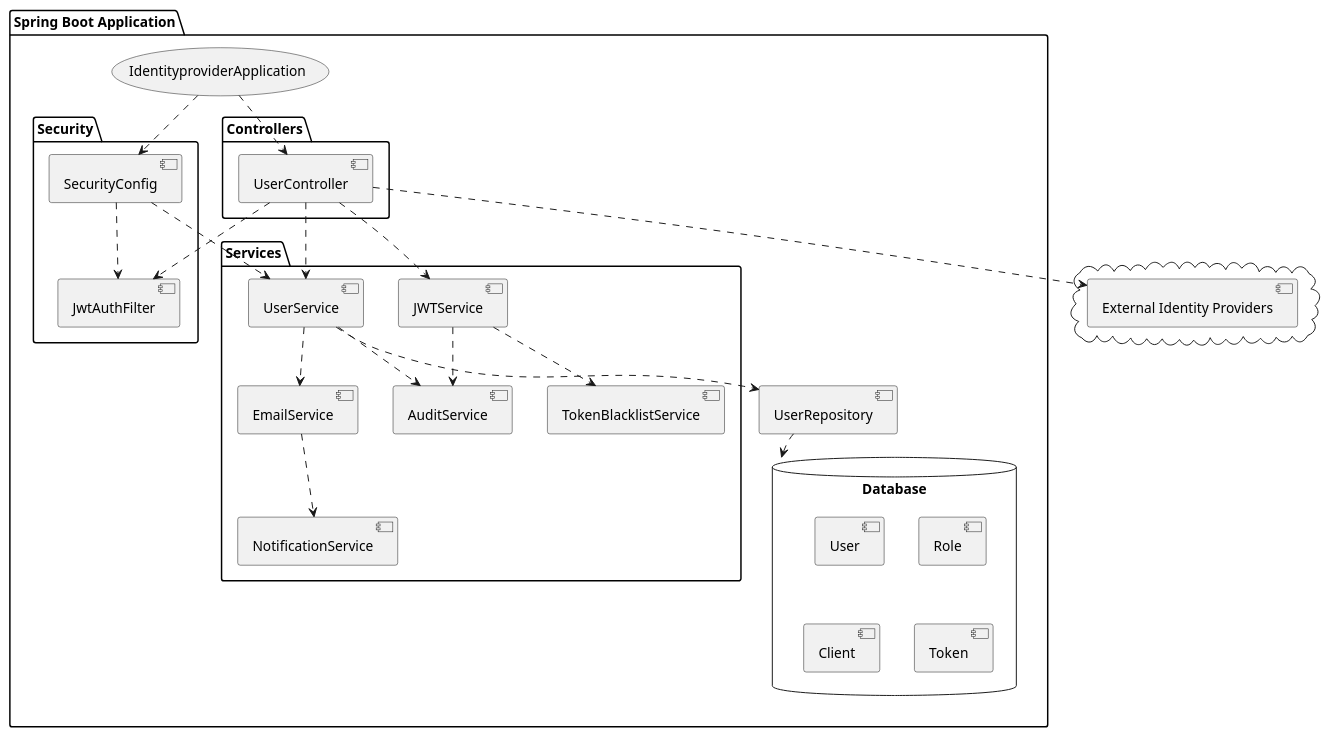
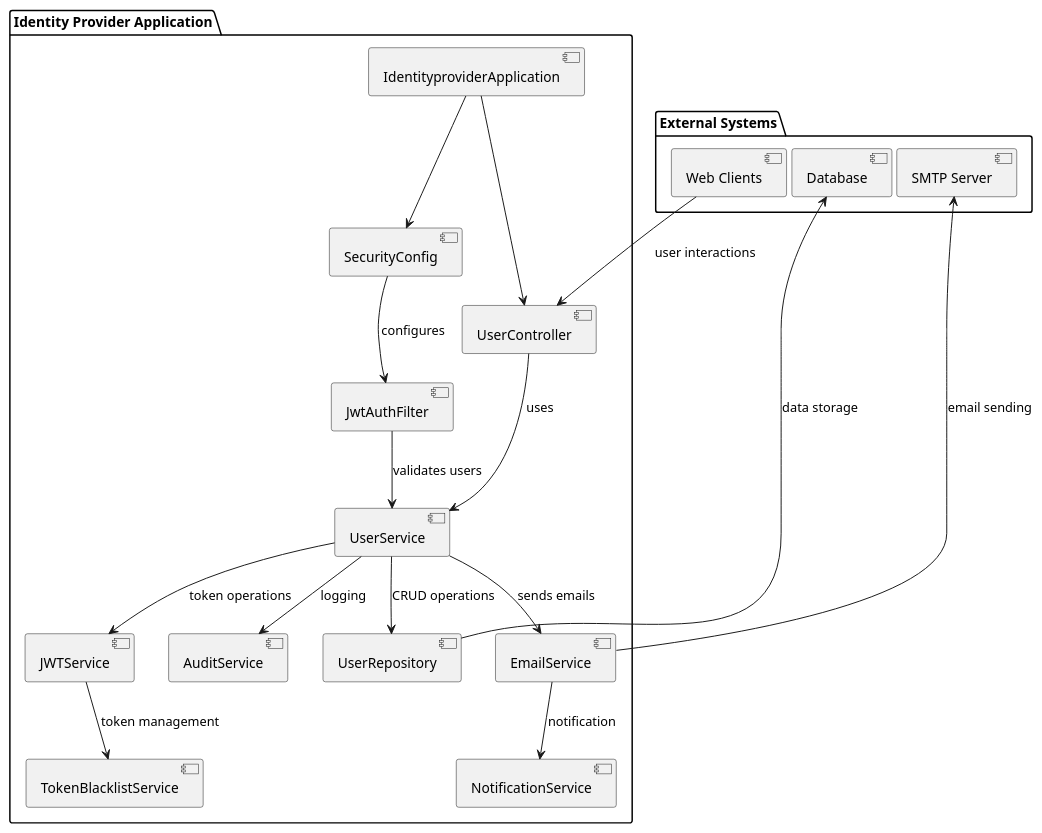
Before and after one commit to Dinesh-s95/AutoDoc.ai: the diagram in identityprovider/documentation/architecturedesign.adoc, drawn with PlantUML. The commit also changed other lines of this file and 4 other files, not shown here.

```diff
--- a/identityprovider/documentation/architecturedesign.adoc
+++ b/identityprovider/documentation/architecturedesign.adoc
@@ -9,49 +18,40 @@
-[plantuml, diagram-architecture, png]
+[plantuml, "system_architecture_diagram", png]
 ....
 @startuml
-package "Spring Boot Application" {
-    [IdentityproviderApplication] as (App)
-    package "Controllers" {
-        [UserController]
-    }
-    package "Security" {
-        [JwtAuthFilter]
-        [SecurityConfig]
-    }
-    package "Services" {
-        [UserService]
-        [JWTService]
-        [AuditService]
-        [EmailService]
-        [NotificationService]
-        [TokenBlacklistService]
-    }
-    database "Database" {
-        [User]
-        [Role]
-        [Client]
-        [Token]
-    }
-    [UserRepository] ..> Database
-    UserService ..> UserRepository
-    UserService ..> EmailService
-    UserService ..> AuditService
-    JWTService ..> AuditService
-    JWTService ..> TokenBlacklistService
-    EmailService ..> NotificationService
-    UserController ..> UserService
-    UserController ..> JWTService
-    UserController ..> JwtAuthFilter
-    SecurityConfig ..> JwtAuthFilter
-    SecurityConfig ..> UserService
+package "Identity Provider Application" {
+  [IdentityproviderApplication] as IApp
+  [UserController] as UC
+  [SecurityConfig] as SC
+  [JwtAuthFilter] as JF
+  [UserService] as US
+  [JWTService] as JS
+  [UserRepository] as UR
+  [AuditService] as AS
+  [EmailService] as ES
+  [NotificationService] as NS
+  [TokenBlacklistService] as TBS
+
+  IApp --> UC
+  IApp --> SC
+  UC --> US : uses
+  SC --> JF : configures
+  JF --> US : validates users
+  US --> UR : CRUD operations
+  US --> JS : token operations
+  US --> AS : logging
+  US --> ES : sends emails
+  ES --> NS : notification
+  JS --> TBS : token management
 }
 
-cloud {
-    [External Identity Providers]
+package "External Systems" {
+  [Database] as DB
+  [SMTP Server] as SMTP
+  [Web Clients] as WC
 }
 
-App ..> UserController
-App ..> SecurityConfig
-UserController ..> [External Identity Providers]
+DB <-- UR : data storage
+SMTP <-- ES : email sending
+WC --> UC : user interactions
 @enduml
 ....
```
